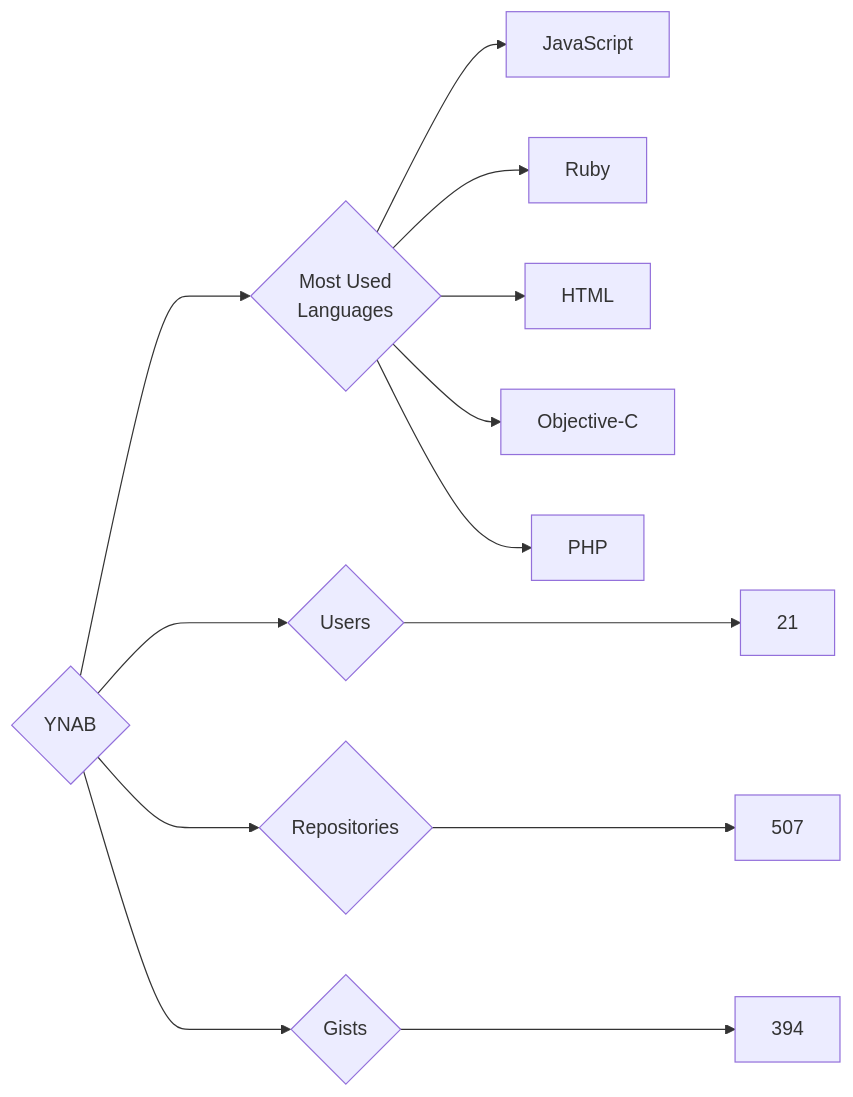
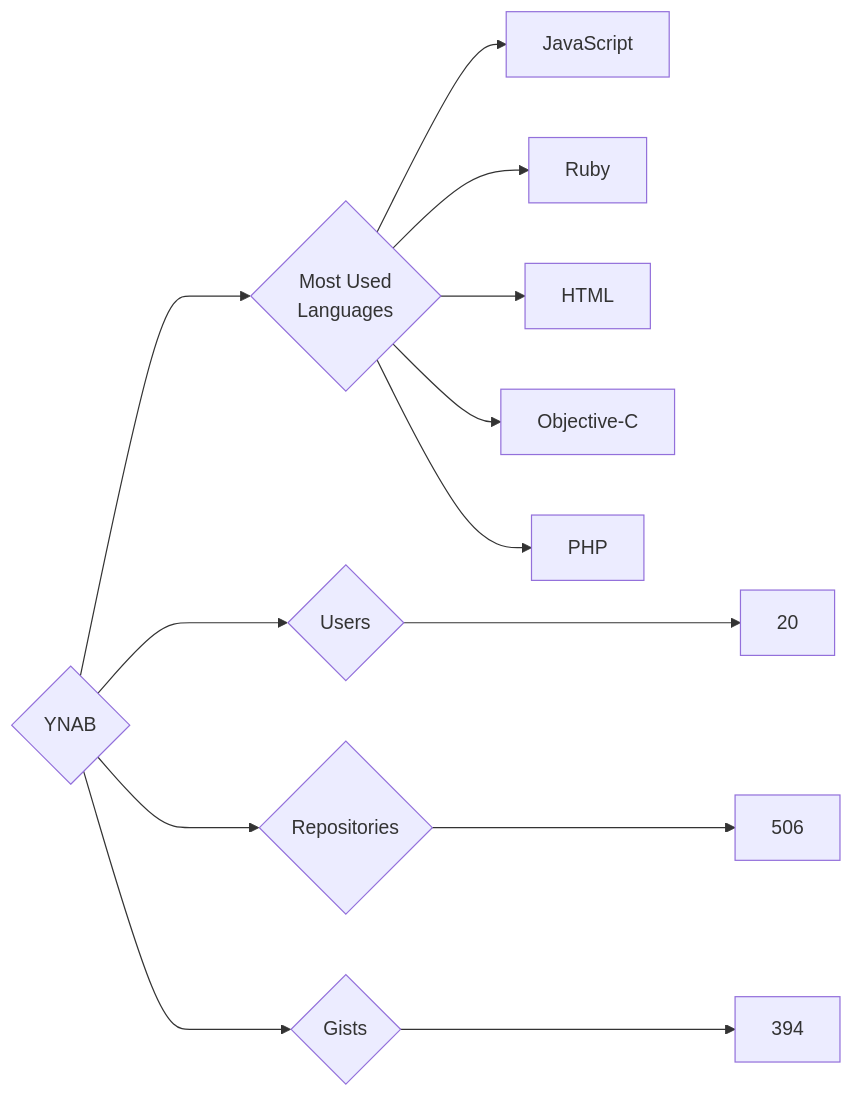
Before and after one commit to trickest/insiders: the diagram in targets/YNAB/README.md, drawn with Mermaid. The commit also changed 1479 other files, not shown here.

````diff
--- a/targets/YNAB/README.md
+++ b/targets/YNAB/README.md
@@ -3,13 +3,13 @@
 ```mermaid
 graph LR
 COMPANY_NAME{YNAB}
-COMPANY_NAME ---> U{Users} ---> UN[21]
-COMPANY_NAME ---> R{Repositories} ---> RN[507]
+COMPANY_NAME ---> U{Users} ---> UN[20]
+COMPANY_NAME ---> R{Repositories} ---> RN[506]
 COMPANY_NAME ---> G{Gists} ---> GN[394]
 COMPANY_NAME ---> ML{Most Used<br>Languages}
 ML --> JavaScript[JavaScript]
 ML --> Ruby[Ruby]
 ML --> HTML[HTML]
 ML --> Objective-C[Objective-C]
 ML --> PHP[PHP]
 ```
````
